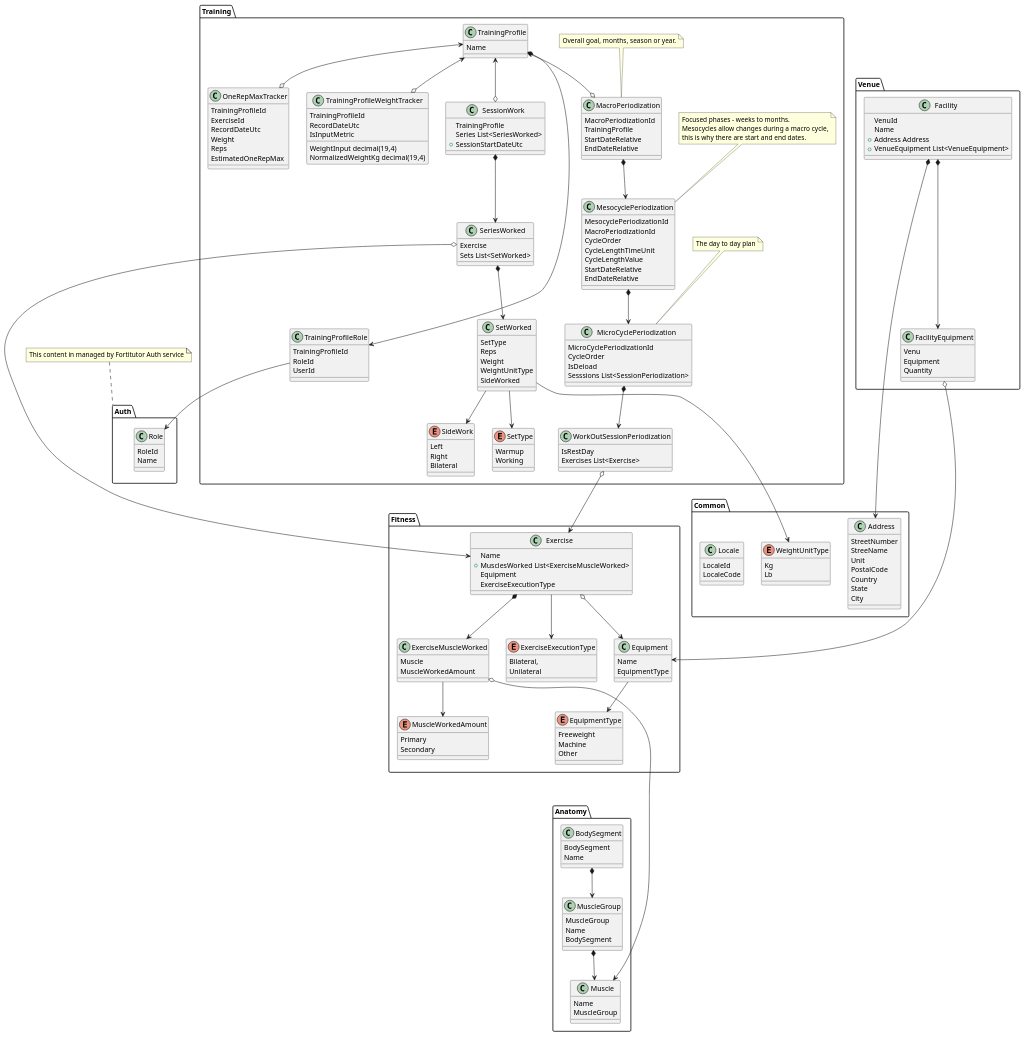
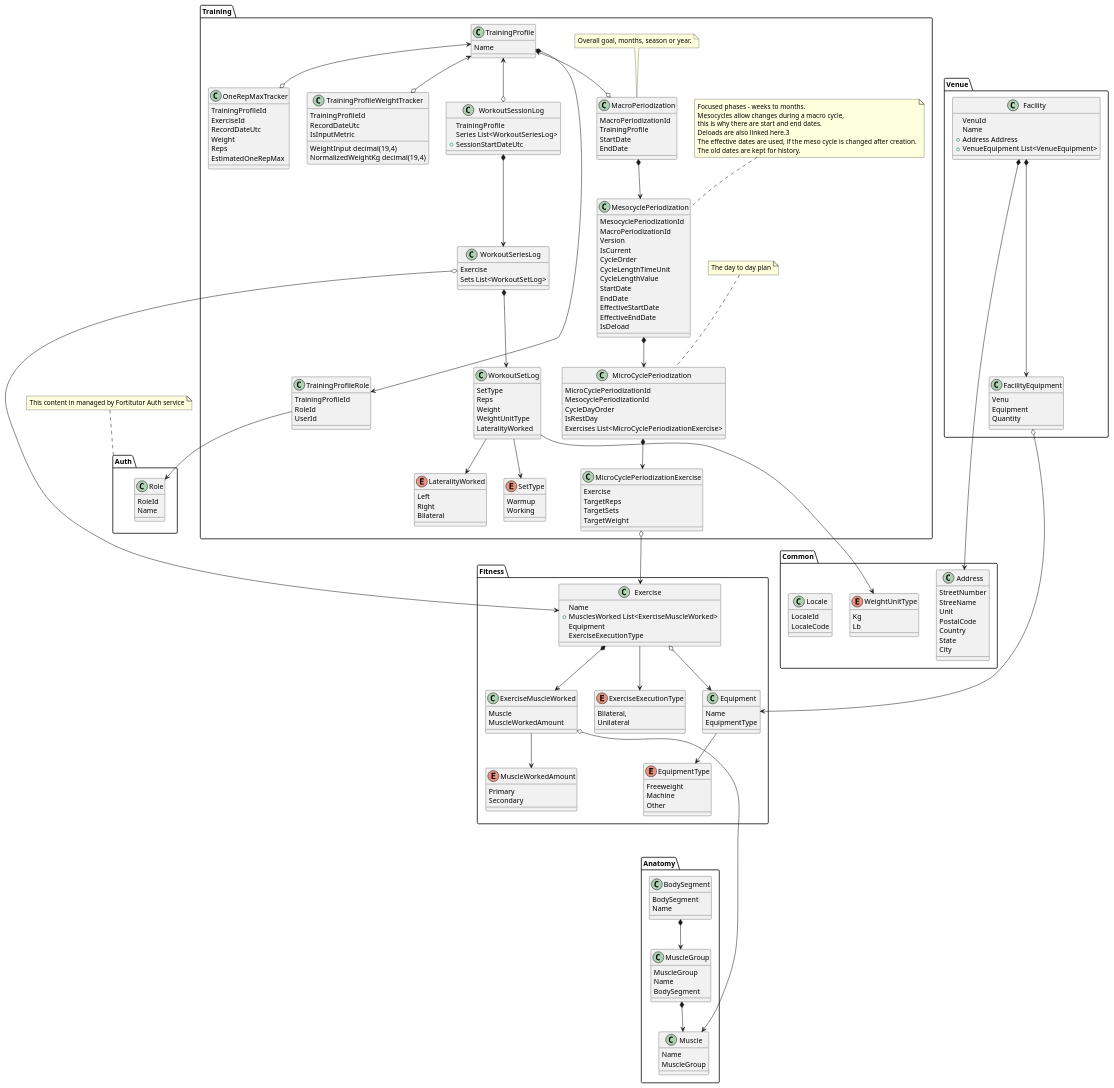
One commit to MatthewVRobertson/fortitutor-docs changed the diagram in Core.plantuml. Above: the diagram before and after it, drawn with PlantUML.

Commit message:
Polish model, add changing state for meso cycle

```diff
--- a/Core.plantuml
+++ b/Core.plantuml
@@ -74,8 +74,8 @@
     {
         MacroPeriodizationId
         TrainingProfile
-        StartDateRelative
-        EndDateRelative
+        StartDate
+        EndDate
     }
     note top of MacroPeriodization
         Overall goal, months, season or year.
@@ -85,35 +85,46 @@
     {
         MesocyclePeriodizationId
         MacroPeriodizationId
+        Version
+        IsCurrent
         CycleOrder        
         CycleLengthTimeUnit
         CycleLengthValue
-        StartDateRelative
-        EndDateRelative
+        StartDate
+        EndDate        
+        EffectiveStartDate
+        EffectiveEndDate
+        IsDeload        
     }
     note top of MesocyclePeriodization
         Focused phases - weeks to months.
         Mesocycles allow changes during a macro cycle,
         this is why there are start and end dates.
+        Deloads are also linked here.3
+        The effective dates are used, if the meso cycle is changed after creation.
+        The old dates are kept for history.
     end note
 
     class MicroCyclePeriodization
     {
         MicroCyclePeriodizationId
-        CycleOrder
-        IsDeload        
-        Sesssions List<SessionPeriodization>
+        MesocyclePeriodizationId
+        CycleDayOrder
+        IsRestDay
+        Exercises List<MicroCyclePeriodizationExercise>
     }
     note top of MicroCyclePeriodization
         The day to day plan
     end note
 
-    class WorkOutSessionPeriodization
-    {
-        IsRestDay
-        Exercises List<Exercise> 
+    class MicroCyclePeriodizationExercise
+    {        
+        Exercise
+        TargetReps
+        TargetSets
+        TargetWeight
     }
-
+    
     class TrainingProfileWeightTracker {
         TrainingProfileId
         RecordDateUtc
@@ -128,15 +139,15 @@
         UserId
     }
 
-    class SessionWork {
+    class WorkoutSessionLog {
         TrainingProfile
-        Series List<SeriesWorked>
+        Series List<WorkoutSeriesLog>
         + SessionStartDateUtc
     }
 
-    class SeriesWorked {
+    class WorkoutSeriesLog {
         Exercise
-        Sets List<SetWorked>
+        Sets List<WorkoutSetLog>
     }
 
     enum SetType {
@@ -144,12 +155,12 @@
         Working
     }
 
-    class SetWorked {
+    class WorkoutSetLog {
         SetType
         Reps
         Weight
         WeightUnitType
-        SideWorked
+        LateralityWorked
     }
 
     class OneRepMaxTracker {
@@ -161,7 +172,7 @@
         EstimatedOneRepMax
     }
 
-    enum SideWork {
+    enum LateralityWorked {
         Left
         Right
         Bilateral
@@ -169,24 +180,24 @@
 
     TrainingProfile *----> TrainingProfileRole
     TrainingProfile <--o TrainingProfileWeightTracker
-    TrainingProfile <--o SessionWork
+    TrainingProfile <--o WorkoutSessionLog
     TrainingProfile <--o OneRepMaxTracker
     TrainingProfile <--o MacroPeriodization     
 
     MacroPeriodization *--> MesocyclePeriodization     
     MesocyclePeriodization *--> MicroCyclePeriodization
-    MicroCyclePeriodization *--> WorkOutSessionPeriodization
-    WorkOutSessionPeriodization o--> Fitness.Exercise
+    MicroCyclePeriodization *--> MicroCyclePeriodizationExercise
+    MicroCyclePeriodizationExercise o--> Fitness.Exercise
    
-    SessionWork *--> SeriesWorked
-    SeriesWorked *--> SetWorked
-    SetWorked --> SideWork
-    SetWorked --> SetType
+    WorkoutSessionLog *--> WorkoutSeriesLog
+    WorkoutSeriesLog *--> WorkoutSetLog
+    WorkoutSetLog --> LateralityWorked
+    WorkoutSetLog --> SetType
     
 }
 
-SetWorked ---> Common.WeightUnitType
-Training.SeriesWorked o--> Fitness.Exercise
+WorkoutSetLog ---> Common.WeightUnitType
+Training.WorkoutSeriesLog o--> Fitness.Exercise
 TrainingProfileRole --> Auth.Role
 
 package Venue {
```
